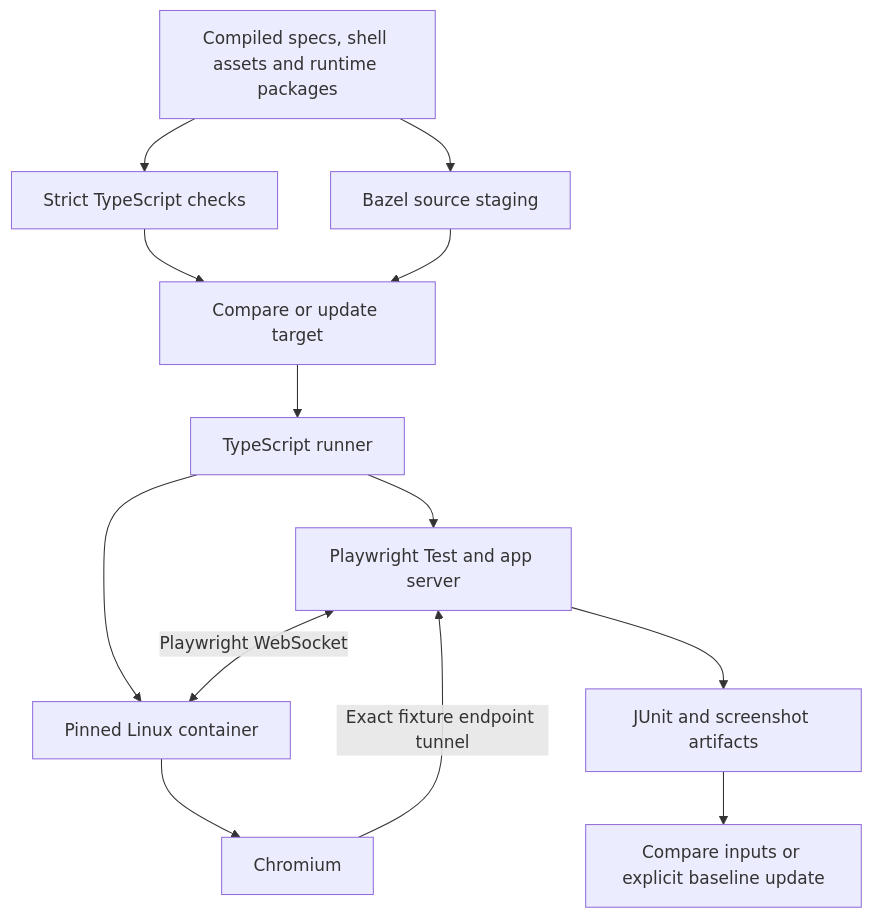
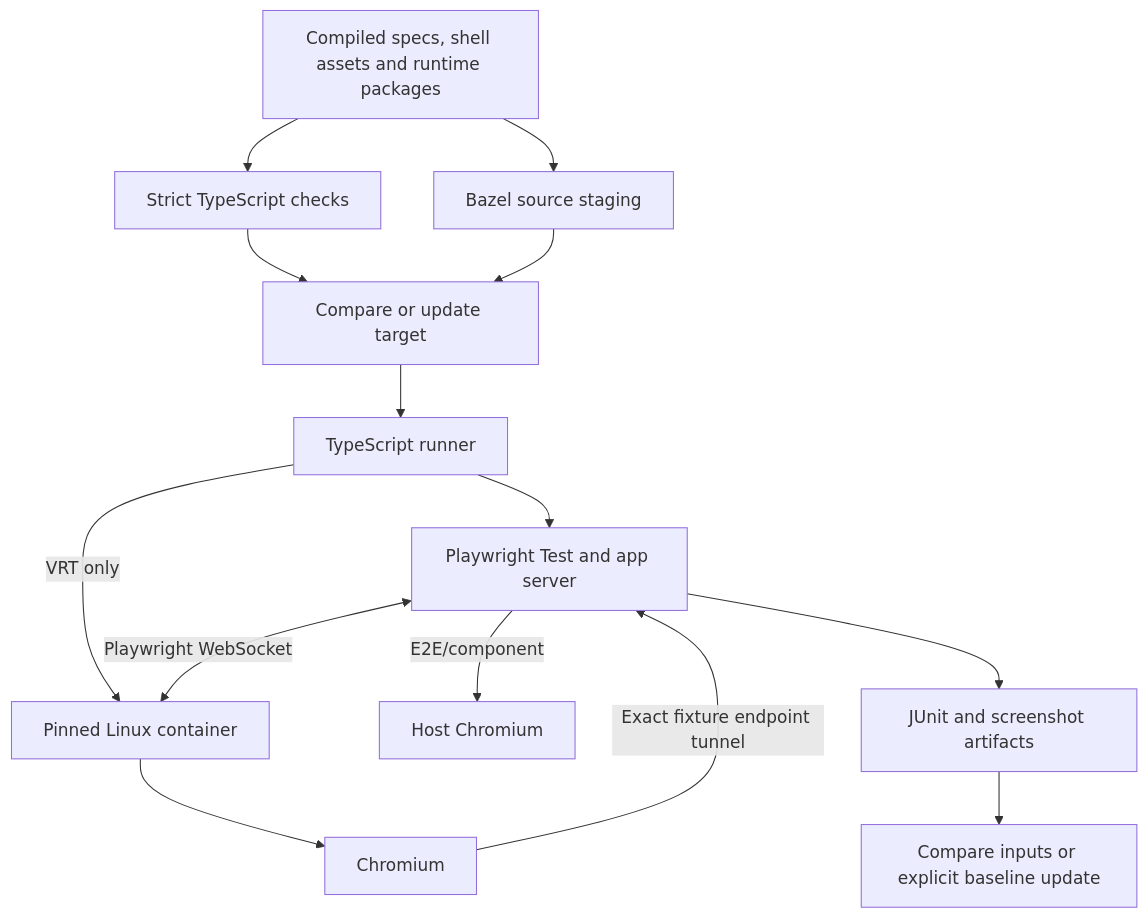
The diagram in docs/architecture.md (perplexityai/rules_web_e2e), drawn with Mermaid before and after one commit. The commit also changed other lines of this file and 24 other files, not shown here.

````diff
--- a/docs/architecture.md
+++ b/docs/architecture.md
@@ -24,15 +24,16 @@
 ```mermaid
 flowchart TD
   Inputs[Compiled specs, shell assets and runtime packages] --> Bazel[Bazel source staging]
   Inputs --> Types[Strict TypeScript checks]
   Types --> Test[Compare or update target]
   Bazel --> Test
   Test --> Runner[TypeScript runner]
   Runner --> Host[Playwright Test and app server]
-  Runner --> Container[Pinned Linux container]
+  Runner -->|VRT only| Container[Pinned Linux container]
+  Host -->|E2E/component| LocalBrowser[Host Chromium]
   Host <-->|Playwright WebSocket| Container
   Container --> Browser[Chromium]
   Browser -->|Exact fixture endpoint tunnel| Host
   Host --> Results[JUnit and screenshot artifacts]
   Results --> Baselines[Compare inputs or explicit baseline update]
 ```
````
